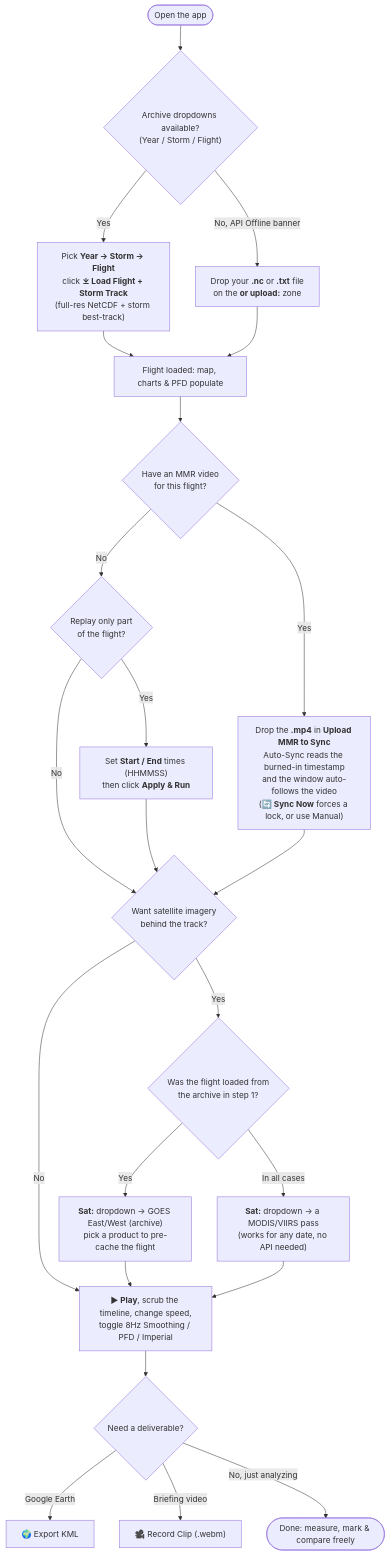
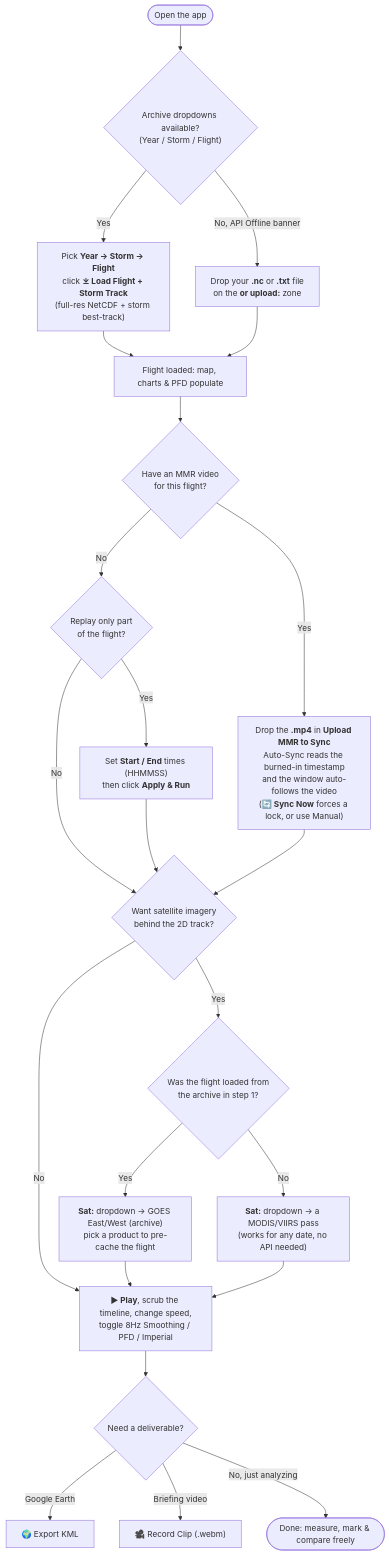
One commit to diegoxb07/AOCVisualizer changed the diagram in README.md. Above: the diagram before and after it, drawn with Mermaid.

Commit message:
FIXED README SYNTAX

````diff
--- a/README.md
+++ b/README.md
@@ -27,25 +27,25 @@
 ```mermaid
 flowchart TD
     START(["Open the app"]) --> ARCHIVE{"Archive dropdowns available?<br>(Year / Storm / Flight)"}
     ARCHIVE -- "Yes" --> LOADARC["Pick <b>Year → Storm → Flight</b><br>click <b>⤓ Load Flight + Storm Track</b><br>(full-res NetCDF + storm best-track)"]
     ARCHIVE -- "No, API Offline banner" --> UPLOAD["Drop your <b>.nc</b> or <b>.txt</b> file<br>on the <b>or upload:</b> zone"]
     LOADARC --> LOADED["Flight loaded: map, charts & PFD populate"]
     UPLOAD --> LOADED
     LOADED --> MMR{"Have an MMR video<br>for this flight?"}
     MMR -- "Yes" --> VIDEO["Drop the <b>.mp4</b> in <b>Upload MMR to Sync</b><br>Auto-Sync reads the burned-in timestamp<br>and the window auto-follows the video<br>(<b>🔄 Sync Now</b> forces a lock, or use Manual)"]
     MMR -- "No" --> WINDOW{"Replay only part<br>of the flight?"}
     WINDOW -- "Yes" --> TRIM["Set <b>Start / End</b> times (HHMMSS)<br>then click <b>Apply & Run</b>"]
-    WINDOW -- "No" --> SAT{"Want satellite imagery<br>behind the track?"}
+    WINDOW -- "No" --> SAT{"Want satellite imagery<br>behind the 2D track?"}
     TRIM --> SAT
     VIDEO --> SAT
     SAT -- "Yes" --> FROMARC{"Was the flight loaded from<br>the archive in step 1?"}
     FROMARC -- "Yes" --> SATGOES["<b>Sat:</b> dropdown → GOES East/West (archive)<br>pick a product to pre-cache the flight"]
-    FROMARC -- "In all cases" --> SATPOLAR["<b>Sat:</b> dropdown → a MODIS/VIIRS pass<br>(works for any date, no API needed)"]
+    FROMARC -- "No" --> SATPOLAR["<b>Sat:</b> dropdown → a MODIS/VIIRS pass<br>(works for any date, no API needed)"]
     SAT -- "No" --> PLAY["<b>▶ Play</b>, scrub the timeline, change speed,<br>toggle 8Hz Smoothing / PFD / Imperial"]
     SATGOES --> PLAY
     SATPOLAR --> PLAY
     PLAY --> EXPORT{"Need a deliverable?"}
     EXPORT -- "Google Earth" --> KML["🌍 Export KML"]
     EXPORT -- "Briefing video" --> CLIP["🎥 Record Clip (.webm)"]
     EXPORT -- "No, just analyzing" --> DONE(["Done: measure, mark & compare freely"])
 ```
````
